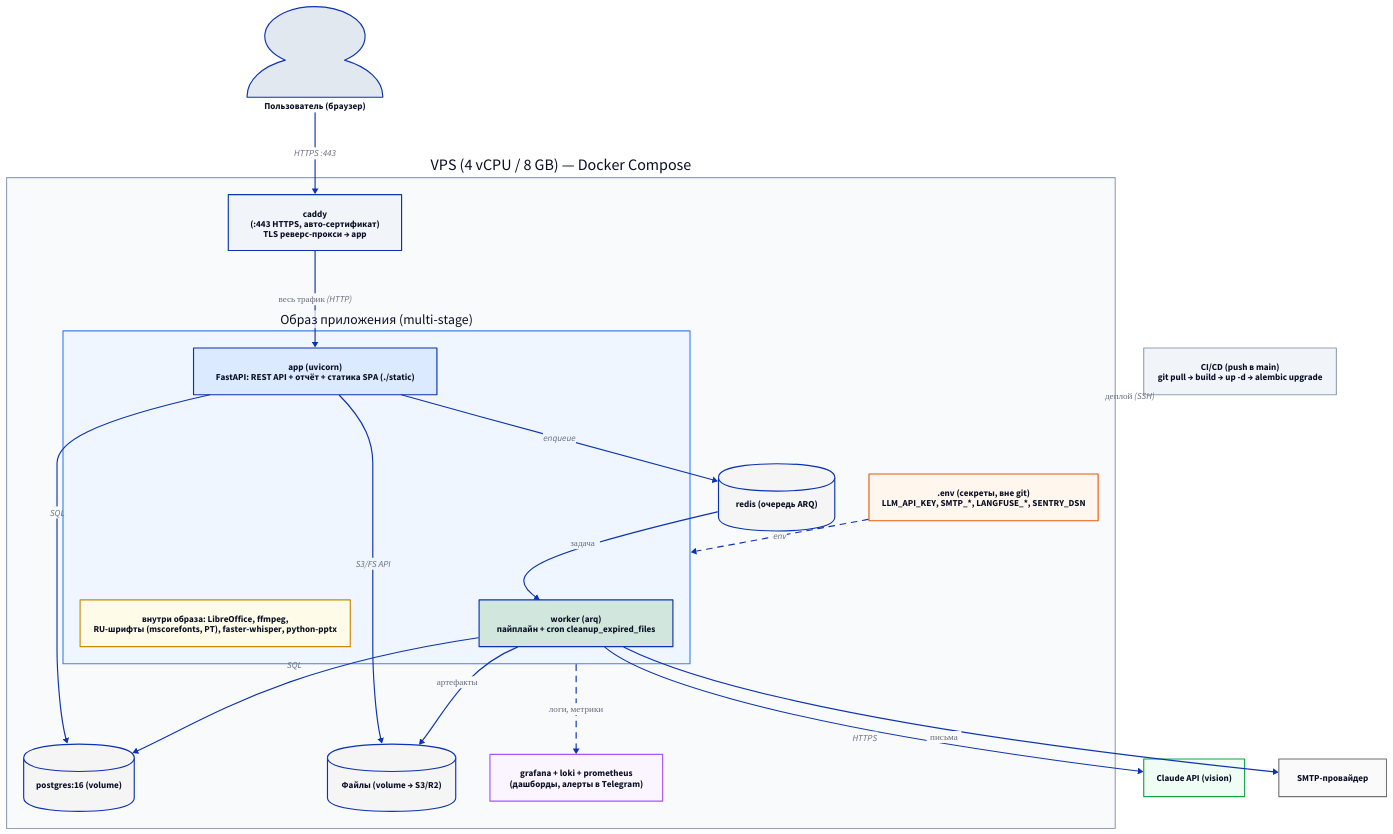
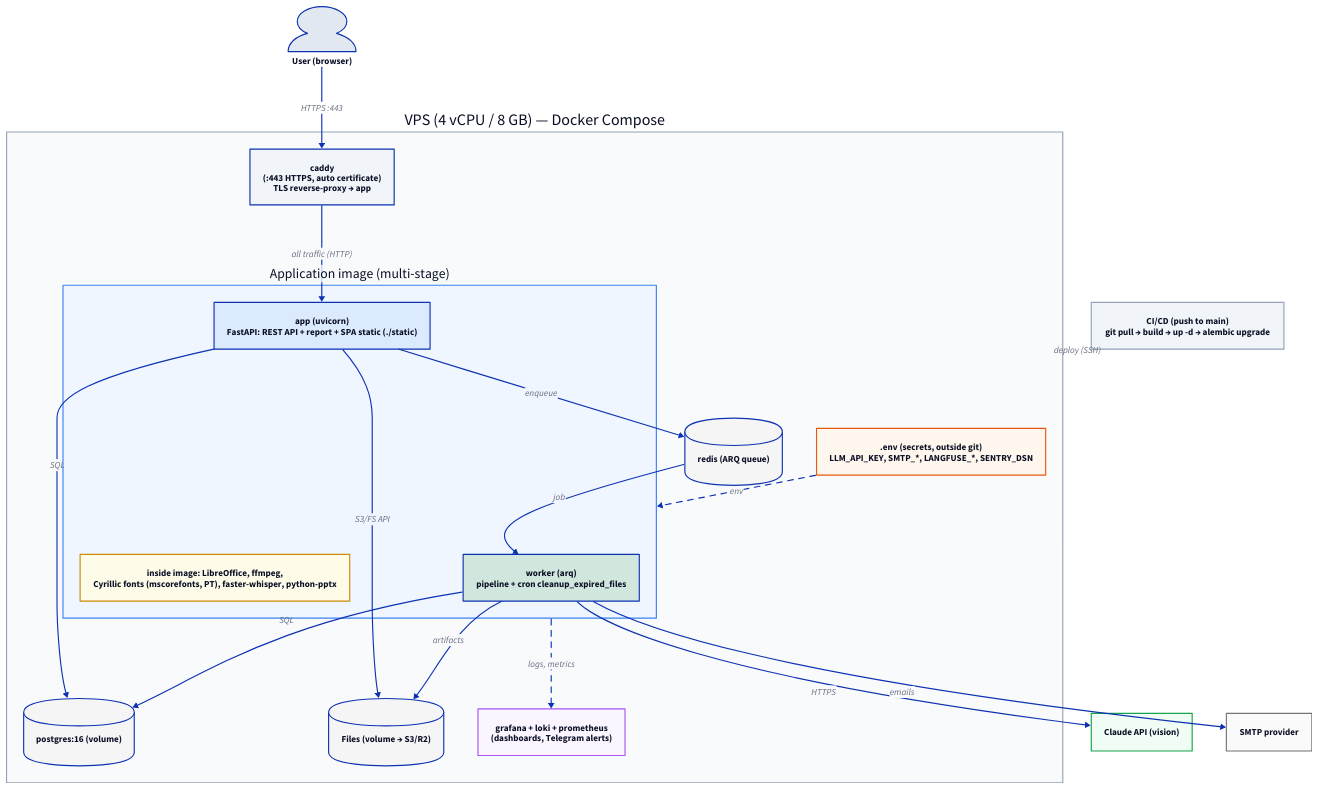
One commit to SlideLens/Achitecture changed the diagram in docs/diagrams/deployment.d2. Above: the diagram before and after it, drawn with D2. The commit also changed 24 other files, not shown here.

```diff
--- a/docs/diagrams/deployment.d2
+++ b/docs/diagrams/deployment.d2
@@ -1,84 +1,84 @@
 direction: down
 
 # =============================================================================
-# СХЕМА РАЗВЕРТЫВАНИЯ — VPS · Docker Compose · один домен Caddy (ADR 0004)
+# DEPLOYMENT DIAGRAM — VPS · Docker Compose · single Caddy domain (ADR 0004)
 # =============================================================================
 
-user: "Пользователь (браузер)" {
+user: "User (browser)" {
   shape: person
   style.fill: "#e2e8f0"
 }
 
 vps: "VPS (4 vCPU / 8 GB) — Docker Compose" {
   style.fill: "#f8fafc"
   style.stroke: "#94a3b8"
 
-  caddy: "caddy\n(:443 HTTPS, авто-сертификат)\nTLS реверс-прокси → app" {
+  caddy: "caddy\n(:443 HTTPS, auto certificate)\nTLS reverse-proxy → app" {
     style.fill: "#f1f5f9"
   }
 
-  image: "Образ приложения (multi-stage)" {
+  image: "Application image (multi-stage)" {
     style.fill: "#eff6ff"
     style.stroke: "#3b82f6"
 
-    app: "app (uvicorn)\nFastAPI: REST API + отчёт + статика SPA (./static)" {
+    app: "app (uvicorn)\nFastAPI: REST API + report + SPA static (./static)" {
       style.fill: "#dbeafe"
     }
-    worker: "worker (arq)\nпайплайн + cron cleanup_expired_files" {
+    worker: "worker (arq)\npipeline + cron cleanup_expired_files" {
       style.fill: "#d1e7dd"
     }
-    note: "внутри образа: LibreOffice, ffmpeg,\nRU-шрифты (mscorefonts, PT), faster-whisper, python-pptx" {
+    note: "inside image: LibreOffice, ffmpeg,\nCyrillic fonts (mscorefonts, PT), faster-whisper, python-pptx" {
       style.fill: "#fefce8"
       style.stroke: "#ca8a04"
     }
   }
 
   db: "postgres:16 (volume)" {
     shape: cylinder
     style.fill: "#f5f5f5"
   }
-  redis: "redis (очередь ARQ)" {
+  redis: "redis (ARQ queue)" {
     shape: cylinder
     style.fill: "#f5f5f5"
   }
-  files: "Файлы (volume → S3/R2)" {
+  files: "Files (volume → S3/R2)" {
     shape: cylinder
     style.fill: "#f5f5f5"
   }
-  obs_stack: "grafana + loki + prometheus\n(дашборды, алерты в Telegram)" {
+  obs_stack: "grafana + loki + prometheus\n(dashboards, Telegram alerts)" {
     style.fill: "#faf5ff"
     style.stroke: "#a855f7"
   }
-  env: ".env (секреты, вне git)\nLLM_API_KEY, SMTP_*, LANGFUSE_*, SENTRY_DSN" {
+  env: ".env (secrets, outside git)\nLLM_API_KEY, SMTP_*, LANGFUSE_*, SENTRY_DSN" {
     style.fill: "#fff7ed"
     style.stroke: "#ea580c"
   }
 }
 
 vlm: "Claude API (vision)" {
   style.fill: "#f0fdf4"
   style.stroke: "#16a34a"
 }
-smtp: "SMTP-провайдер" {
+smtp: "SMTP provider" {
   style.fill: "#fafafa"
   style.stroke: "#737373"
 }
-ci: "CI/CD (push в main)\ngit pull → build → up -d → alembic upgrade" {
+ci: "CI/CD (push to main)\ngit pull → build → up -d → alembic upgrade" {
   style.fill: "#f1f5f9"
   style.stroke: "#94a3b8"
 }
 
-# --- Связи ---
+# --- Relationships ---
 user -> vps.caddy: "HTTPS :443"
-vps.caddy -> vps.image.app: "весь трафик (HTTP)"
+vps.caddy -> vps.image.app: "all traffic (HTTP)"
 vps.image.app -> vps.db: "SQL"
 vps.image.app -> vps.redis: "enqueue"
 vps.image.app -> vps.files: "S3/FS API"
-vps.redis -> vps.image.worker: "задача"
+vps.redis -> vps.image.worker: "job"
 vps.image.worker -> vps.db: "SQL"
-vps.image.worker -> vps.files: "артефакты"
+vps.image.worker -> vps.files: "artifacts"
 vps.image.worker -> vlm: "HTTPS"
-vps.image.worker -> smtp: "письма"
+vps.image.worker -> smtp: "emails"
 vps.env -> vps.image: "env" {style.stroke-dash: 5}
-vps.image -> vps.obs_stack: "логи, метрики" {style.stroke-dash: 5}
-ci -> vps: "деплой (SSH)" {style.stroke-dash: 3}
+vps.image -> vps.obs_stack: "logs, metrics" {style.stroke-dash: 5}
+ci -> vps: "deploy (SSH)" {style.stroke-dash: 3}
```
